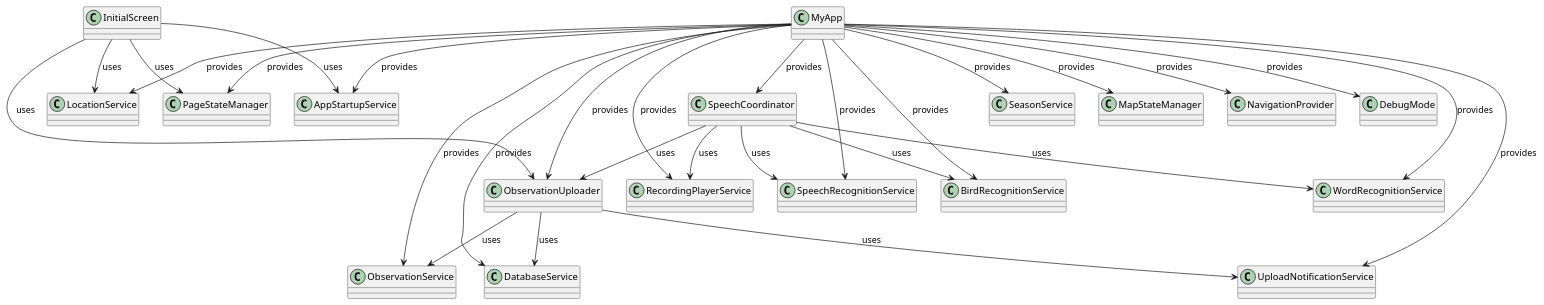
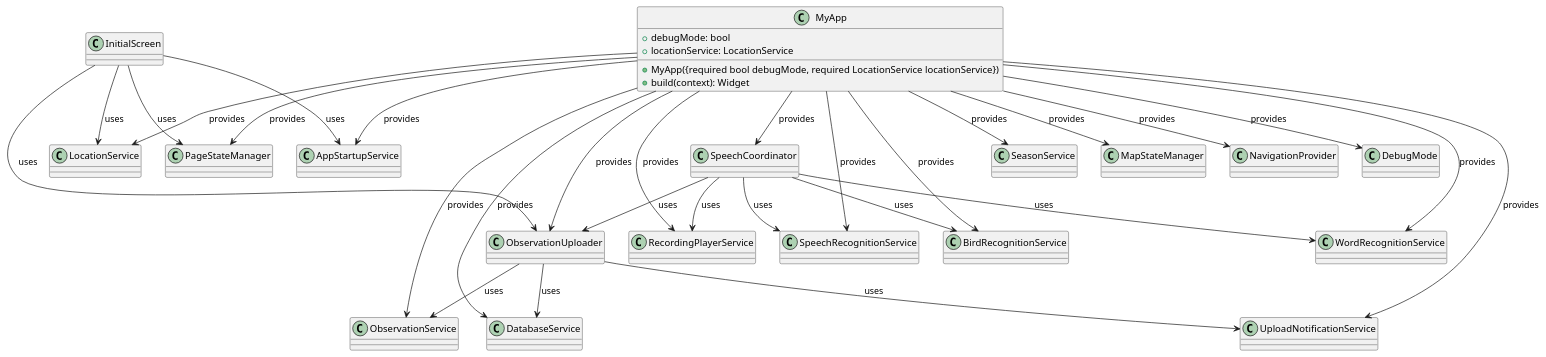
One commit to Jakob-worm/UrbanEchoes changed the diagram in diagrams/UML_core_architecture.puml. Above: the diagram before and after it, drawn with PlantUML.

```diff
--- a/diagrams/UML_core_architecture.puml
+++ b/diagrams/UML_core_architecture.puml
@@ -1,54 +1,62 @@
 @startuml
 
 class MyApp
 class InitialScreen
 class AppStartupService
 class SeasonService
 class PageStateManager
 class MapStateManager
 class NavigationProvider
 class UploadNotificationService
 class DatabaseService
 class ObservationService
 class ObservationUploader
 class RecordingPlayerService
 class SpeechRecognitionService
 class BirdRecognitionService
 class WordRecognitionService
 class SpeechCoordinator
 class LocationService
 class DebugMode
 
 MyApp --> PageStateManager : provides
 MyApp --> MapStateManager : provides
 MyApp --> NavigationProvider : provides
 MyApp --> UploadNotificationService : provides
 MyApp --> DatabaseService : provides
 MyApp --> ObservationService : provides
 MyApp --> ObservationUploader : provides
 MyApp --> RecordingPlayerService : provides
 MyApp --> SpeechRecognitionService : provides
 MyApp --> BirdRecognitionService : provides
 MyApp --> WordRecognitionService : provides
 MyApp --> SpeechCoordinator : provides
 MyApp --> SeasonService : provides
 MyApp --> AppStartupService : provides
 MyApp --> LocationService : provides
 MyApp --> DebugMode : provides
 
 InitialScreen --> LocationService : uses
 InitialScreen --> AppStartupService : uses
 InitialScreen --> PageStateManager : uses
 InitialScreen --> ObservationUploader : uses
 
 SpeechCoordinator --> SpeechRecognitionService : uses
 SpeechCoordinator --> BirdRecognitionService : uses
 SpeechCoordinator --> WordRecognitionService : uses
 SpeechCoordinator --> RecordingPlayerService : uses
 SpeechCoordinator --> ObservationUploader : uses
 
 ObservationUploader --> DatabaseService : uses
 ObservationUploader --> ObservationService : uses
 ObservationUploader --> UploadNotificationService : uses
 
+class MyApp {
+  +debugMode: bool
+  +locationService: LocationService
+  +MyApp({required bool debugMode, required LocationService locationService})
+  +build(context): Widget
+}
+
+
 @enduml
```
